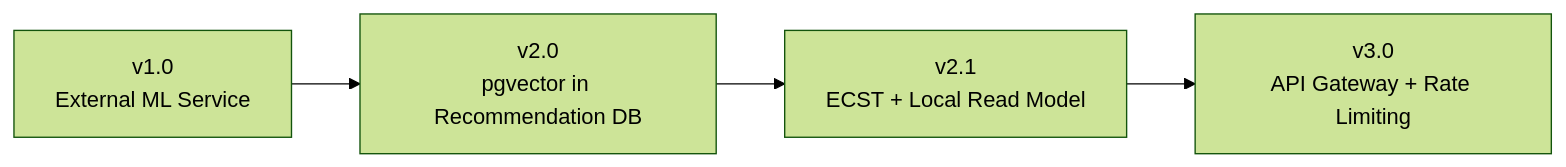
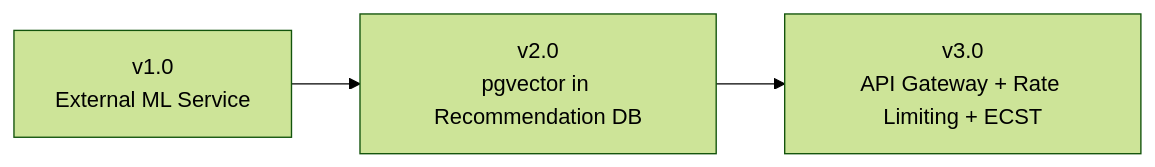
One commit to Luca5Eckert/VellumHub changed the second of 3 diagrams in README.md. Above: the diagram before and after it, drawn with Mermaid (forest theme). The commit also changed other lines of this file, not shown here.

Commit message:
Update README with v2.1 features in v3.0
Merged v2.1 features into v3.0 section and updated diagram.

````diff
--- a/README.md
+++ b/README.md
@@ -128,6 +125,5 @@
 ```mermaid
 graph LR
   V1[v1.0\nExternal ML Service] --> V2[v2.0\npgvector in Recommendation DB]
-  V2 --> V21[v2.1\nECST + Local Read Model]
-  V21 --> V3[v3.0\nAPI Gateway + Rate Limiting]
+  V2 --> V3[v3.0\nAPI Gateway + Rate Limiting + ECST]
 ```
````
